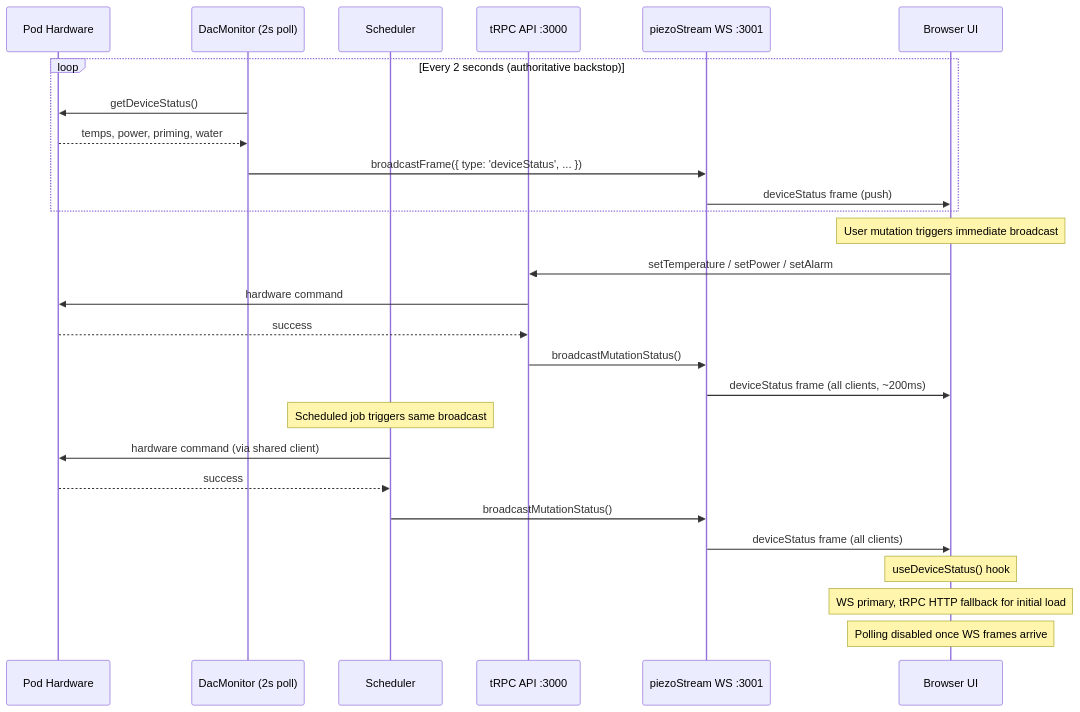
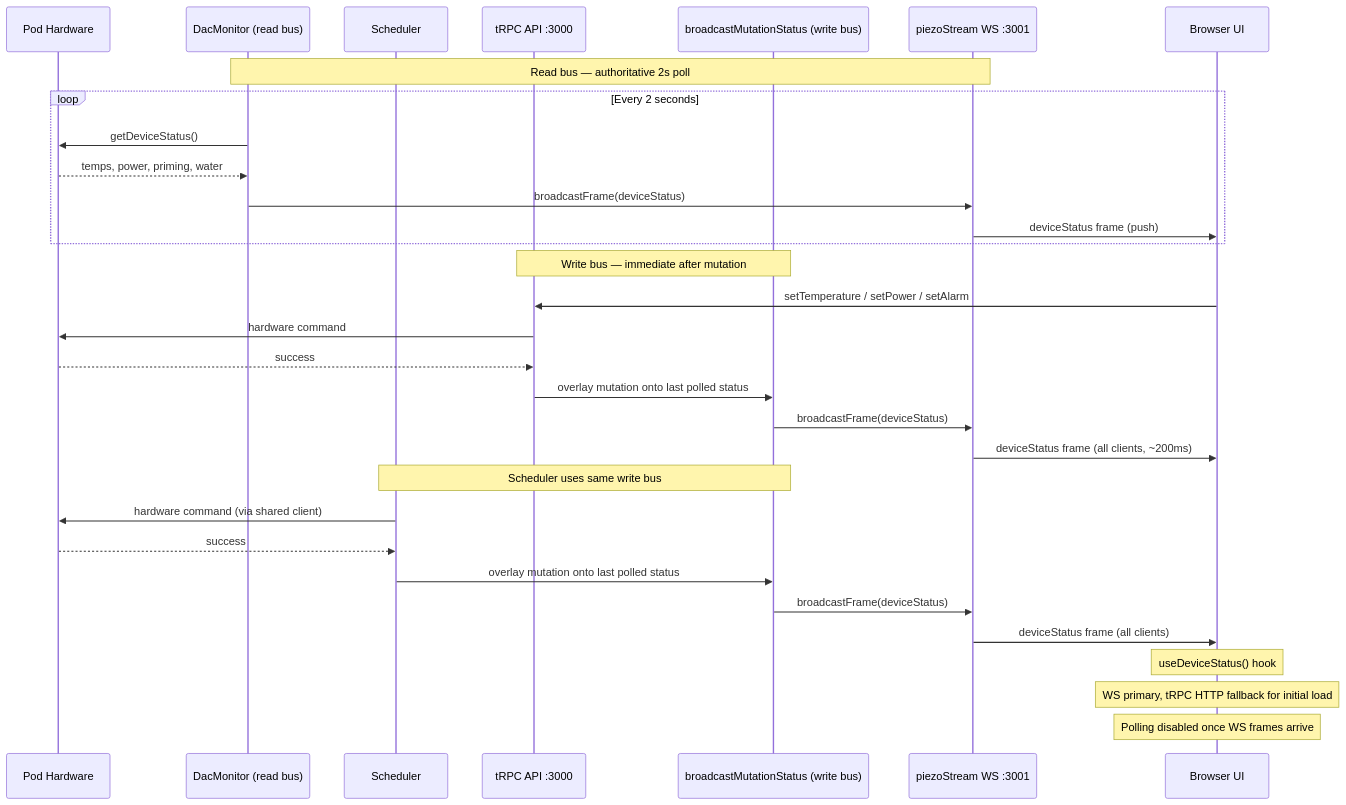
One commit to sleepypod/core changed the diagram in docs/trpc-api-architecture.md. Above: the diagram before and after it, drawn with Mermaid. The commit also changed 10 other files, not shown here.

````diff
--- a/docs/trpc-api-architecture.md
+++ b/docs/trpc-api-architecture.md
@@ -50,33 +50,37 @@
 ```mermaid
 sequenceDiagram
     participant HW as Pod Hardware
-    participant DM as DacMonitor (2s poll)
+    participant DM as DacMonitor (read bus)
     participant SCH as Scheduler
     participant API as tRPC API :3000
+    participant BMS as broadcastMutationStatus (write bus)
     participant WS as piezoStream WS :3001
     participant UI as Browser UI
 
-    loop Every 2 seconds (authoritative backstop)
+    Note over DM,WS: Read bus — authoritative 2s poll
+    loop Every 2 seconds
         DM->>HW: getDeviceStatus()
         HW-->>DM: temps, power, priming, water
-        DM->>WS: broadcastFrame({ type: 'deviceStatus', ... })
+        DM->>WS: broadcastFrame(deviceStatus)
         WS->>UI: deviceStatus frame (push)
     end
 
-    Note over UI: User mutation triggers immediate broadcast
+    Note over API,BMS: Write bus — immediate after mutation
     UI->>API: setTemperature / setPower / setAlarm
     API->>HW: hardware command
     HW-->>API: success
-    API->>WS: broadcastMutationStatus()
+    API->>BMS: overlay mutation onto last polled status
+    BMS->>WS: broadcastFrame(deviceStatus)
     WS->>UI: deviceStatus frame (all clients, ~200ms)
 
-    Note over SCH: Scheduled job triggers same broadcast
+    Note over SCH,BMS: Scheduler uses same write bus
     SCH->>HW: hardware command (via shared client)
     HW-->>SCH: success
-    SCH->>WS: broadcastMutationStatus()
+    SCH->>BMS: overlay mutation onto last polled status
+    BMS->>WS: broadcastFrame(deviceStatus)
     WS->>UI: deviceStatus frame (all clients)
 
     Note over UI: useDeviceStatus() hook
     Note over UI: WS primary, tRPC HTTP fallback for initial load
     Note over UI: Polling disabled once WS frames arrive
 ```
````
